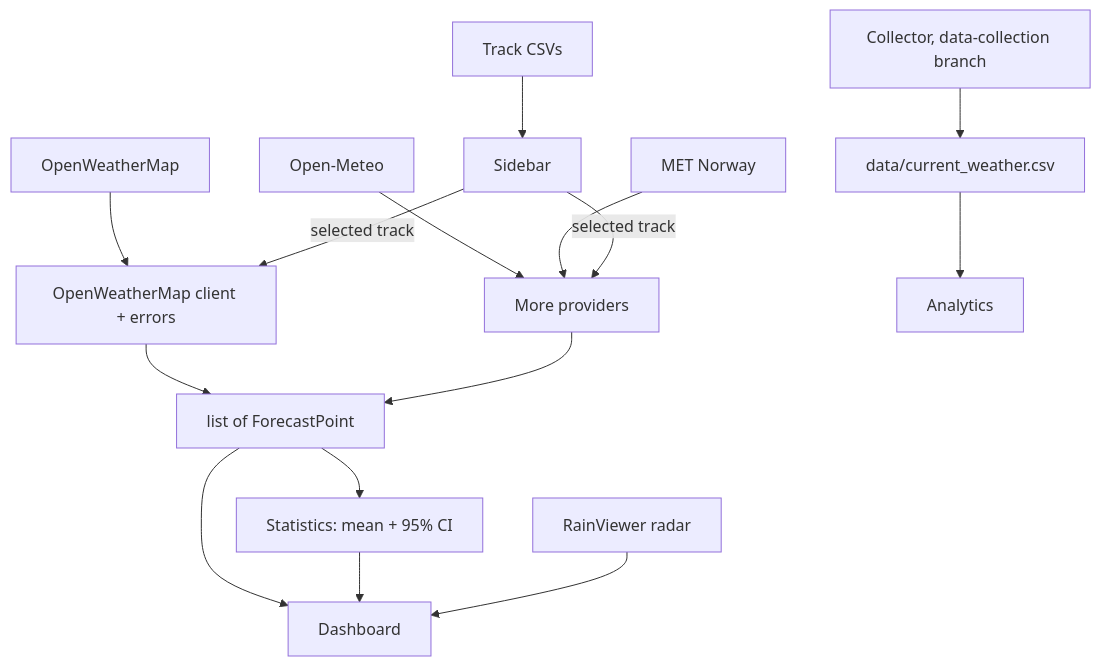
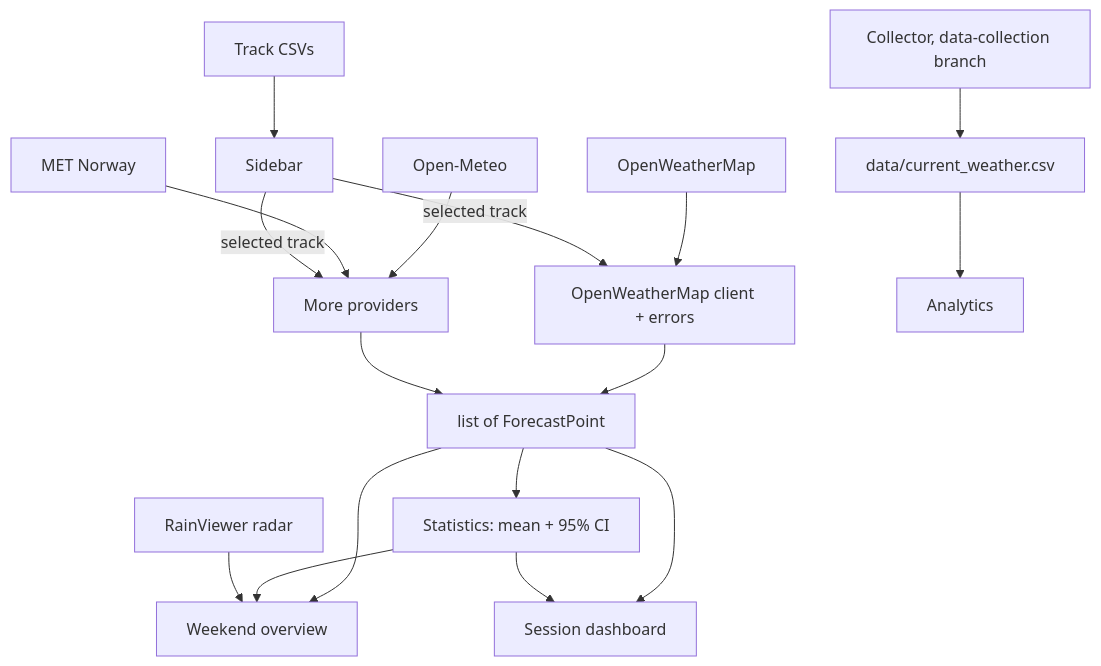
Before and after one commit to CaillouMalade/python-ii-weather-insights: the diagram in README.md, drawn with Mermaid. The commit also changed other lines of this file, not shown here.

First line of the commit message:
Add the session dashboard to the board and note air temperature

````diff
--- a/README.md
+++ b/README.md
@@ -42,14 +43,16 @@
 ```mermaid
 flowchart TB
   OWM[OpenWeatherMap] --> C1[OpenWeatherMap client + errors]
   OM[Open-Meteo] --> C2[More providers]
   MET[MET Norway] --> C2
   C1 --> FP[list of ForecastPoint]
   C2 --> FP
   FP --> ST[Statistics: mean + 95% CI]
-  FP --> DB[Dashboard]
+  FP --> DB[Weekend overview]
+  FP --> SD[Session dashboard]
   ST --> DB
+  ST --> SD
   RV[RainViewer radar] --> DB
   TR[Track CSVs] --> SB[Sidebar] -- selected track --> C1 & C2
   CO[Collector, data-collection branch] --> LOG[data/current_weather.csv] --> AN[Analytics]
 ```
````
